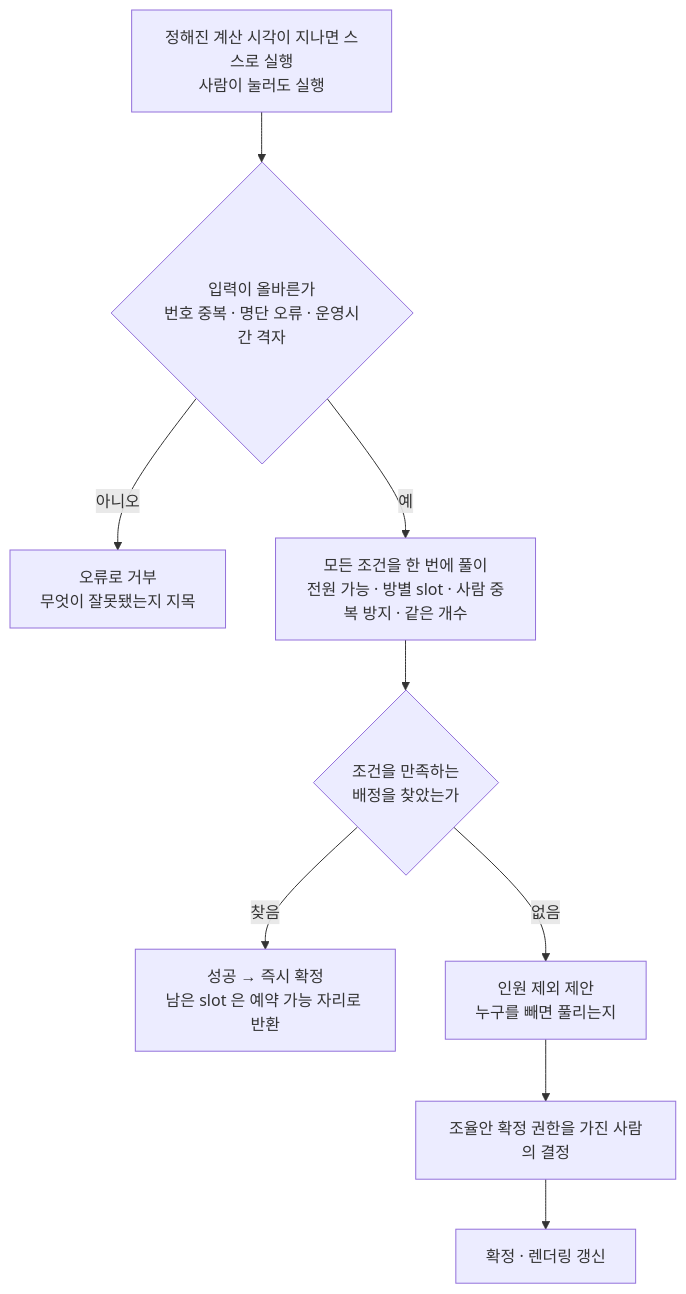
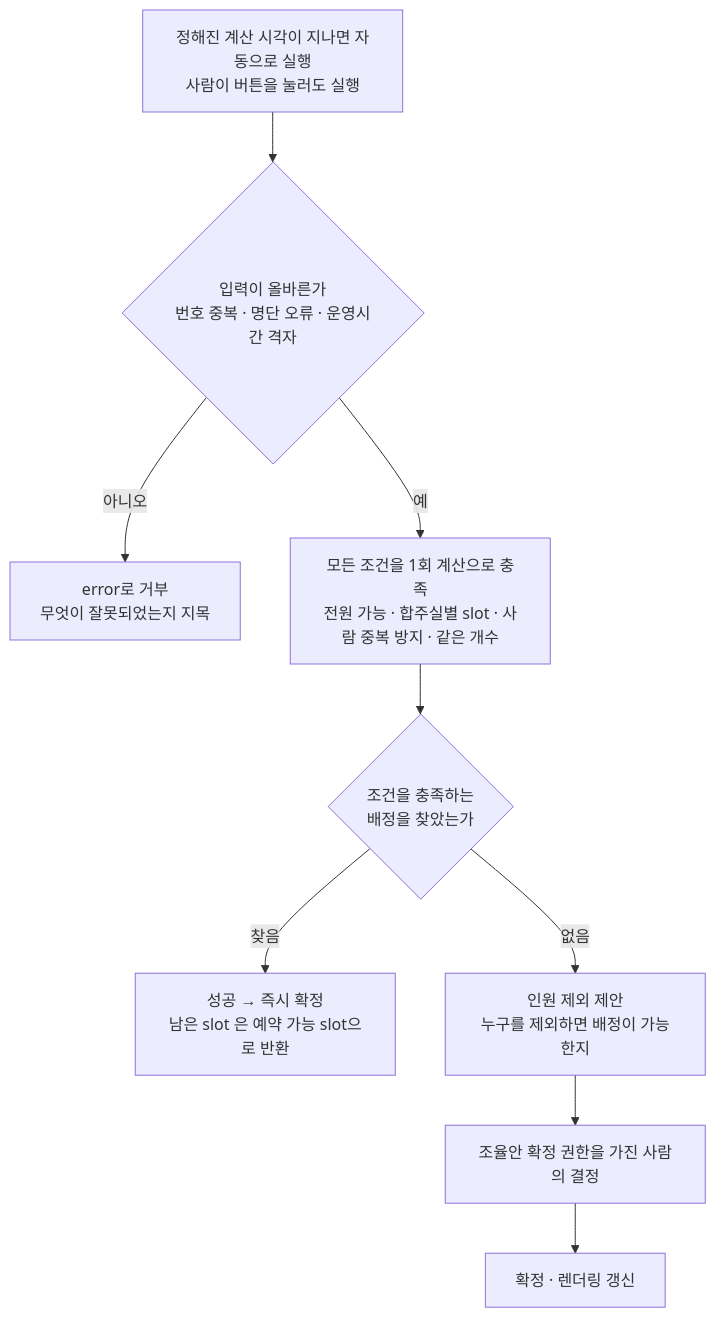
Before and after one commit to minkong-dev/Banblit: the first of 3 diagrams in .cluedoc/auto-assignment/README.md, drawn with Mermaid. The commit also changed other lines of this file and 188 other files, not shown here.

````diff
--- a/.cluedoc/auto-assignment/README.md
+++ b/.cluedoc/auto-assignment/README.md
@@ -26,11 +26,11 @@
 ```mermaid
 flowchart TD
-    T[정해진 계산 시각이 지나면 스스로 실행<br/>사람이 눌러도 실행] --> V{입력이 올바른가<br/>번호 중복 · 명단 오류 · 운영시간 격자}
-    V -->|아니오| E[오류로 거부<br/>무엇이 잘못됐는지 지목]
-    V -->|예| S[모든 조건을 한 번에 풀이<br/>전원 가능 · 방별 slot · 사람 중복 방지 · 같은 개수]
-    S --> Q{조건을 만족하는<br/>배정을 찾았는가}
-    Q -->|찾음| OK[성공 → 즉시 확정<br/>남은 slot 은 예약 가능 자리로 반환]
-    Q -->|없음| P[인원 제외 제안<br/>누구를 빼면 풀리는지]
+    T[정해진 계산 시각이 지나면 자동으로 실행<br/>사람이 버튼을 눌러도 실행] --> V{입력이 올바른가<br/>번호 중복 · 명단 오류 · 운영시간 격자}
+    V -->|아니오| E[error로 거부<br/>무엇이 잘못되었는지 지목]
+    V -->|예| S[모든 조건을 1회 계산으로 충족<br/>전원 가능 · 합주실별 slot · 사람 중복 방지 · 같은 개수]
+    S --> Q{조건을 충족하는<br/>배정을 찾았는가}
+    Q -->|찾음| OK[성공 → 즉시 확정<br/>남은 slot 은 예약 가능 slot으로 반환]
+    Q -->|없음| P[인원 제외 제안<br/>누구를 제외하면 배정이 가능한지]
     P --> H[조율안 확정 권한을 가진 사람의 결정]
     H --> C[확정 · 렌더링 갱신]
 ```
````
